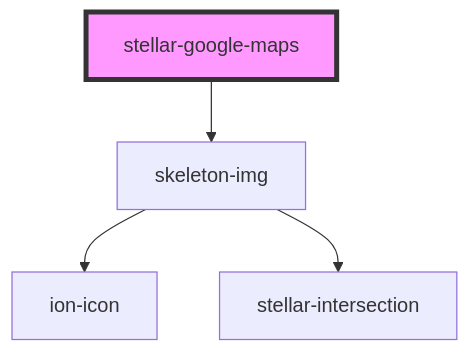
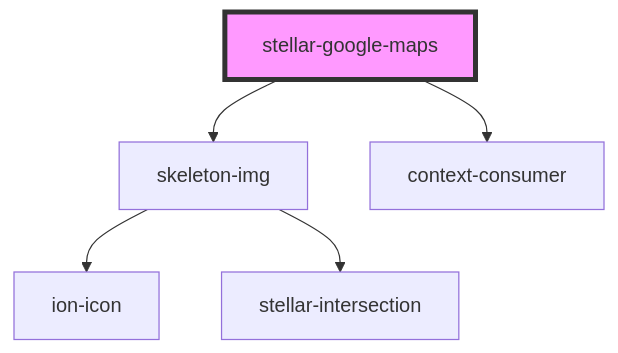
Before and after one commit to splitinfinities/Stellar: the diagram in src/components/helpers/map/readme.md, drawn with Mermaid. The commit also changed other lines of this file and 30 other files, not shown here.

````diff
--- a/src/components/helpers/map/readme.md
+++ b/src/components/helpers/map/readme.md
@@ -35,7 +38,8 @@
 ```mermaid
 graph TD;
   stellar-google-maps --> skeleton-img
+  stellar-google-maps --> context-consumer
   skeleton-img --> ion-icon
   skeleton-img --> stellar-intersection
   style stellar-google-maps fill:#f9f,stroke:#333,stroke-width:4px
 ```
````
